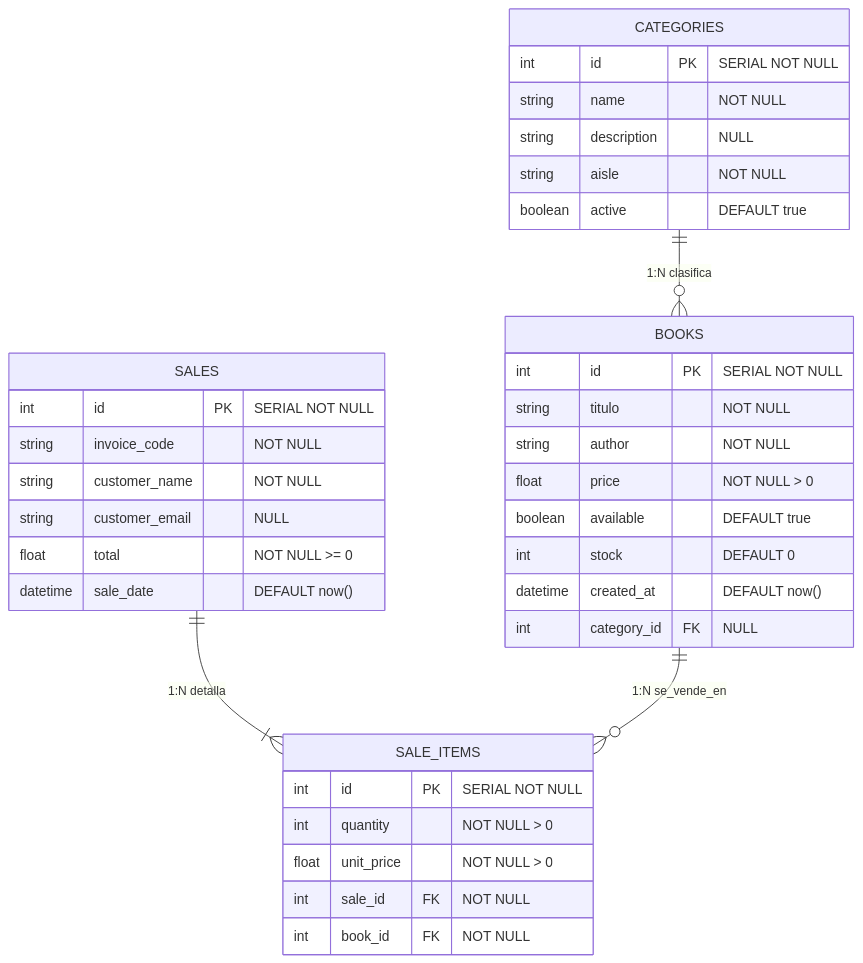
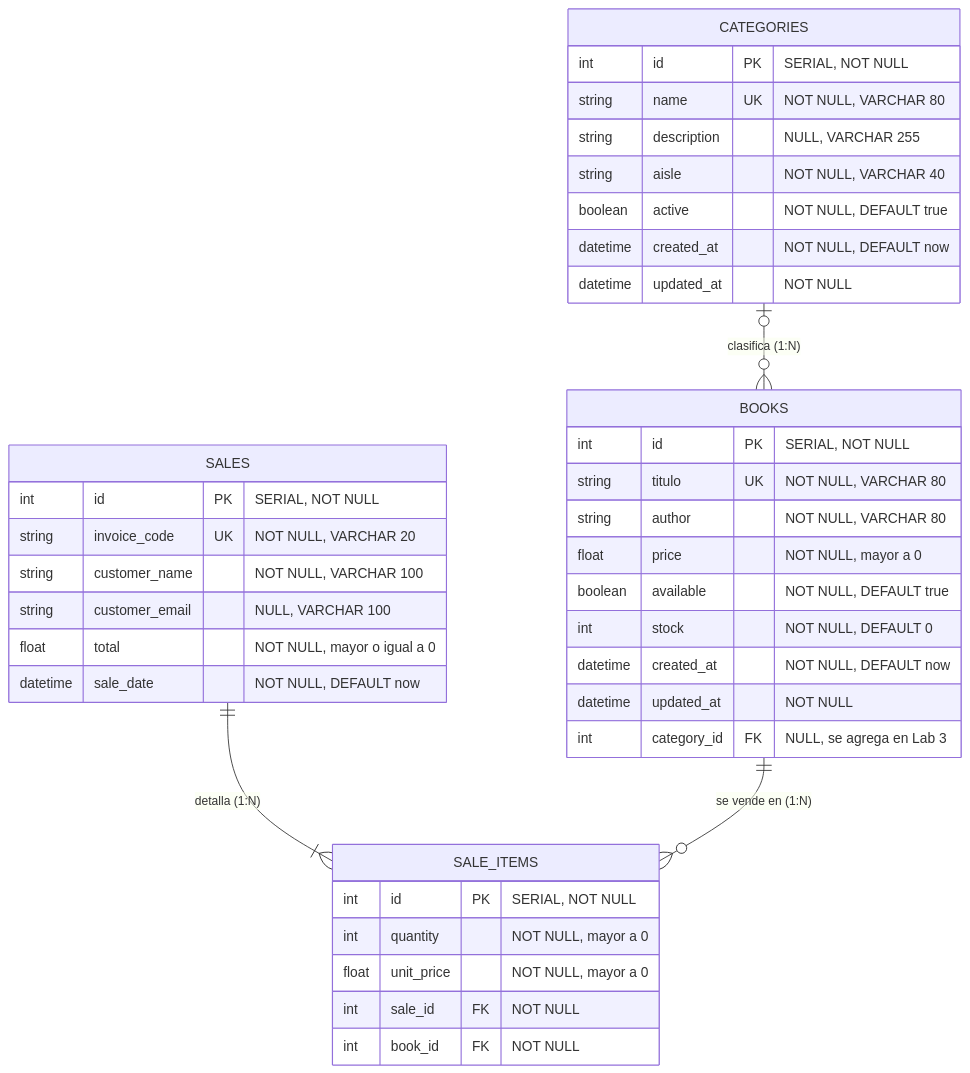
The diagram in MODELO_ER.md (joseanxs/G03_Lab1_Libreria), drawn with Mermaid before and after one commit. The commit also changed other lines of this file and 2 other files, not shown here.

````diff
--- a/MODELO_ER.md
+++ b/MODELO_ER.md
@@ -9,42 +9,45 @@
 ```mermaid
 erDiagram
-    CATEGORIES ||--o{ BOOKS : "1:N clasifica"
-    SALES ||--|{ SALE_ITEMS : "1:N detalla"
-    BOOKS ||--o{ SALE_ITEMS : "1:N se_vende_en"
-
+    CATEGORIES |o--o{ BOOKS : "clasifica (1:N)"
+    SALES ||--|{ SALE_ITEMS : "detalla (1:N)"
+    BOOKS ||--o{ SALE_ITEMS : "se vende en (1:N)"
+ 
     BOOKS {
-        int id PK "SERIAL NOT NULL"
-        string titulo "NOT NULL"
-        string author "NOT NULL"
-        float price "NOT NULL > 0"
-        boolean available "DEFAULT true"
-        int stock "DEFAULT 0"
-        datetime created_at "DEFAULT now()"
-        int category_id FK "NULL"
+        int id PK "SERIAL, NOT NULL"
+        string titulo UK "NOT NULL, VARCHAR 80"
+        string author "NOT NULL, VARCHAR 80"
+        float price "NOT NULL, mayor a 0"
+        boolean available "NOT NULL, DEFAULT true"
+        int stock "NOT NULL, DEFAULT 0"
+        datetime created_at "NOT NULL, DEFAULT now"
+        datetime updated_at "NOT NULL"
+        int category_id FK "NULL, se agrega en Lab 3"
     }
-
+ 
     CATEGORIES {
-        int id PK "SERIAL NOT NULL"
-        string name "NOT NULL"
-        string description "NULL"
-        string aisle "NOT NULL"
-        boolean active "DEFAULT true"
+        int id PK "SERIAL, NOT NULL"
+        string name UK "NOT NULL, VARCHAR 80"
+        string description "NULL, VARCHAR 255"
+        string aisle "NOT NULL, VARCHAR 40"
+        boolean active "NOT NULL, DEFAULT true"
+        datetime created_at "NOT NULL, DEFAULT now"
+        datetime updated_at "NOT NULL"
     }
-
+ 
     SALES {
-        int id PK "SERIAL NOT NULL"
-        string invoice_code "NOT NULL"
-        string customer_name "NOT NULL"
-        string customer_email "NULL"
-        float total "NOT NULL >= 0"
-        datetime sale_date "DEFAULT now()"
+        int id PK "SERIAL, NOT NULL"
+        string invoice_code UK "NOT NULL, VARCHAR 20"
+        string customer_name "NOT NULL, VARCHAR 100"
+        string customer_email "NULL, VARCHAR 100"
+        float total "NOT NULL, mayor o igual a 0"
+        datetime sale_date "NOT NULL, DEFAULT now"
     }
-
+ 
     SALE_ITEMS {
-        int id PK "SERIAL NOT NULL"
-        int quantity "NOT NULL > 0"
-        float unit_price "NOT NULL > 0"
+        int id PK "SERIAL, NOT NULL"
+        int quantity "NOT NULL, mayor a 0"
+        float unit_price "NOT NULL, mayor a 0"
         int sale_id FK "NOT NULL"
         int book_id FK "NOT NULL"
     }
 ```
````
